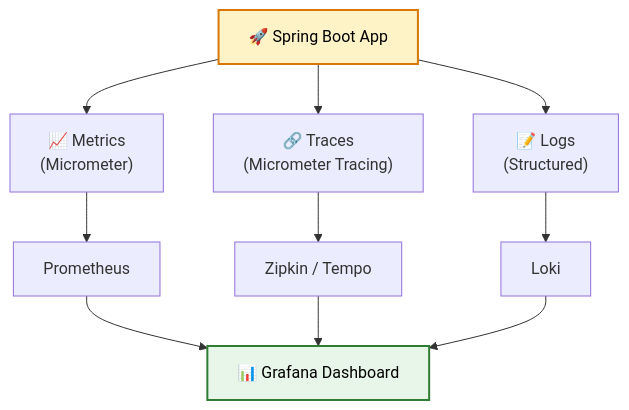
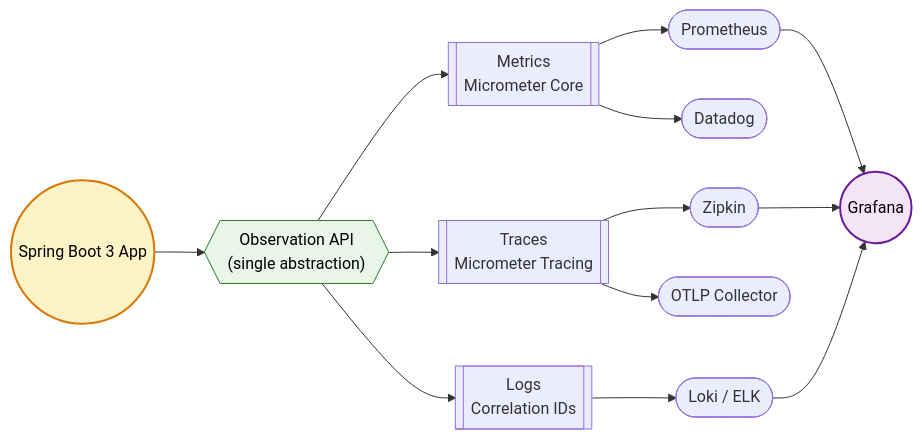
Before and after one commit to saivamsikaruturi/vamsilabs-dev-notes-main: the third of 5 diagrams in docs/springboot/SpringBoot3.md, drawn with Mermaid. The commit also changed other lines of this file and 146 other files, not shown here.

Commit message:
Horizontal diagrams, UML class diagrams, typography overhaul, and permalink cleanup

````diff
--- a/docs/springboot/SpringBoot3.md
+++ b/docs/springboot/SpringBoot3.md
@@ -163,18 +249,24 @@
 ```mermaid
-flowchart TD
-    App["🚀 Spring Boot App"]
-    App --> M["📈 Metrics<br/>(Micrometer)"]
-    App --> T["🔗 Traces<br/>(Micrometer Tracing)"]
-    App --> L["📝 Logs<br/>(Structured)"]
+flowchart LR
+    App(("Spring Boot 3 App"))
+    OBS{{"Observation API\n(single abstraction)"}}
     
-    M --> P["Prometheus"]
-    T --> Z["Zipkin / Tempo"]
-    L --> Loki["Loki"]
+    App --> OBS
+    OBS --> M[["Metrics\nMicrometer Core"]]
+    OBS --> T[["Traces\nMicrometer Tracing"]]
+    OBS --> L[["Logs\nCorrelation IDs"]]
     
-    P --> G["📊 Grafana Dashboard"]
-    Z --> G
-    Loki --> G
+    M --> PROM(["Prometheus"])
+    M --> DD(["Datadog"])
+    T --> ZIPKIN(["Zipkin"])
+    T --> OTLP(["OTLP Collector"])
+    L --> LOKI(["Loki / ELK"])
+    
+    PROM --> GRAF(("Grafana"))
+    ZIPKIN --> GRAF
+    LOKI --> GRAF
 
     style App fill:#FEF3C7,stroke:#D97706,stroke-width:2px,color:#000
-    style G fill:#E8F5E9,stroke:#2E7D32,stroke-width:2px,color:#000
+    style OBS fill:#E8F5E9,stroke:#2E7D32,color:#000
+    style GRAF fill:#F3E5F5,stroke:#6A1B9A,stroke-width:2px,color:#000
 ```
````
